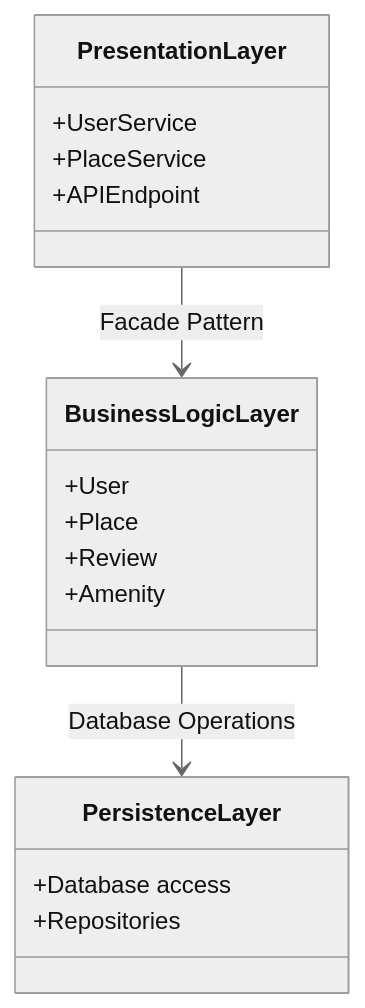
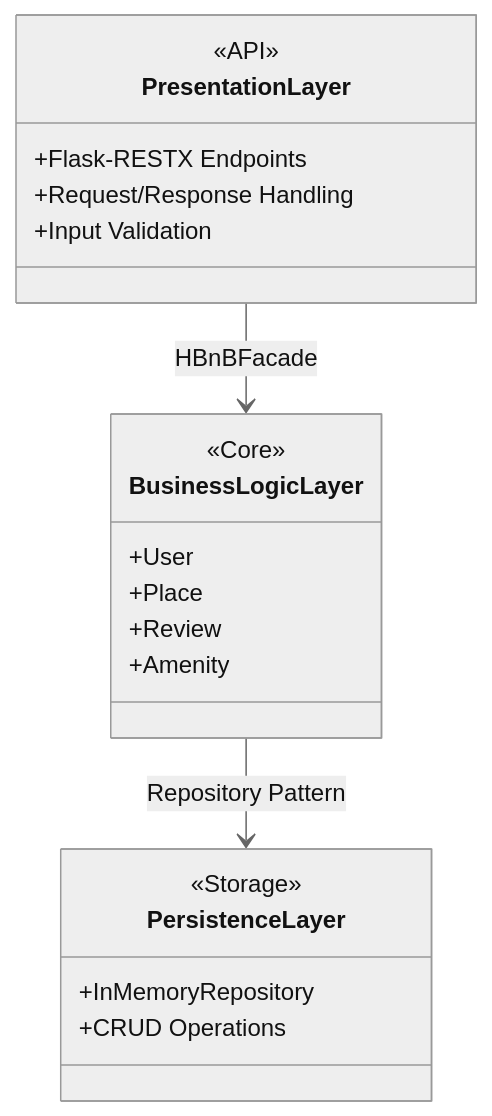
Before and after one commit to LEROY-Yanis/holbertonschool-hbnb: the first of 6 diagrams in part1/résume_des_3.md, drawn with Mermaid (neutral theme). The commit also changed other lines of this file, not shown here.

Commit message:
Refactor technical documentation for HBnB application: enhance structure, clarify sections, and update API interaction details

````diff
--- a/part1/résume_des_3.md
+++ b/part1/résume_des_3.md
@@ -41,23 +44,26 @@
 ```mermaid
 classDiagram
     class PresentationLayer {
-      +UserService
-      +PlaceService
-      +APIEndpoint
+        <<API>>
+        +Flask-RESTX Endpoints
+        +Request/Response Handling
+        +Input Validation
     }
-    
+
     class BusinessLogicLayer {
-      +User
-      +Place
-      +Review
-      +Amenity
+        <<Core>>
+        +User
+        +Place
+        +Review
+        +Amenity
     }
-    
+
     class PersistenceLayer {
-      +Database access
-      +Repositories
+        <<Storage>>
+        +InMemoryRepository
+        +CRUD Operations
     }
-    
-    PresentationLayer --> BusinessLogicLayer : Facade Pattern
-    BusinessLogicLayer --> PersistenceLayer : Database Operations
+
+    PresentationLayer --> BusinessLogicLayer : HBnBFacade
+    BusinessLogicLayer --> PersistenceLayer : Repository Pattern
 ```
````
